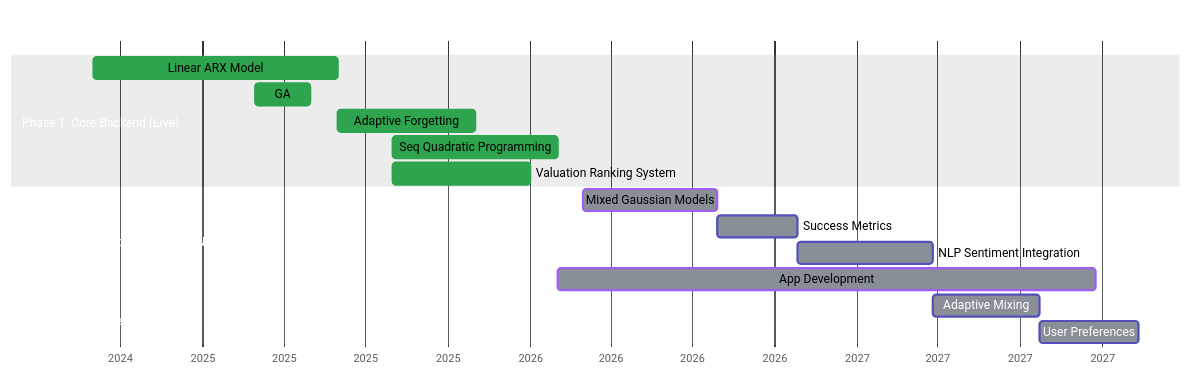
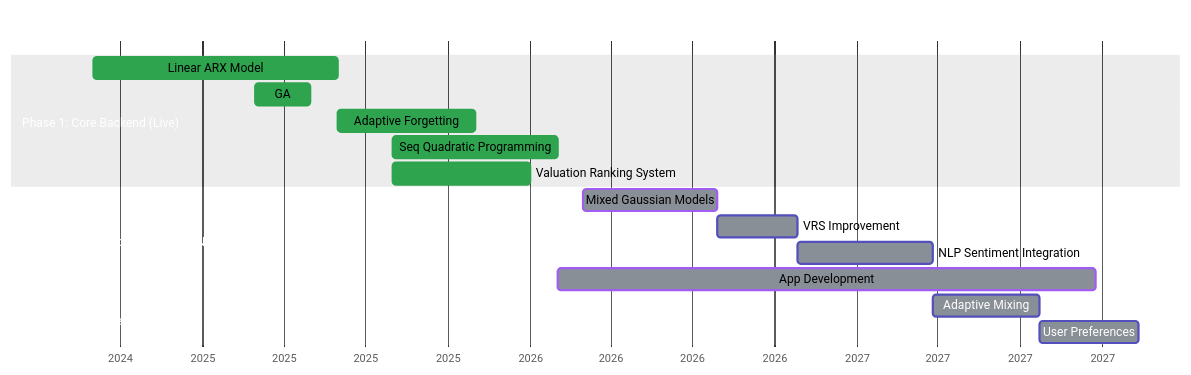
The diagram in README.md (ProchTomas/ResearchProject), drawn with Mermaid before and after one commit.

````diff
--- a/README.md
+++ b/README.md
@@ -1,46 +1,46 @@
 ```mermaid
 %%{init: { 
   'themeVariables': {
     'primaryColor': '#7A7A7A',
     'primaryTextColor': '#24292e',
     'primaryBorderColor': '#d1d5da',
     'lineColor': '#f03a17',
     'secondaryColor': '#fff',
     'tertiaryColor': '#fff',
     
     'titleColor': '#fff',
     'sectionBkgColor': '#A1A1A1',
     'sectionBkgColor2': '#fff',
     
     'taskBkgColor': '#898F96',
     'taskTextLightColor': '#24292e',
     
     'doneTaskBkgColor': '#2ea44f',
     'doneTaskBorderColor': '#2ea44f',
     
     'activeTaskBkgColor': '#898F96',
     'activeTaskBorderColor': '#A15CF2'
   }
 } }%%
 gantt
     title Portfolio Optimization Roadmap
     dateFormat  YYYY-MM-DD
     axisFormat  %Y
     
     section Phase 1: Core Backend (Live)
     Linear ARX Model           :done,    des1, 2024-09-01, 2025-06-01
     GA                         :done,    des2, 2025-03-01, 2025-05-01
     Adaptive Forgetting        :done,    des3, 2025-06-01, 2025-11-01
     Seq Quadratic Programming  :done,    des4, 2025-08-01, 2026-02-01
     Valuation Ranking System   :done,    des5, 2025-08-01, 2026-01-01
 
     section Phase 2: Advanced Intelligence (Next)
     Mixed Gaussian Models      :active,    p2a, 2026-03-01, 150d
-    Success Metrics            :           p2b, after p2a, 90d
+    VRS Improvement            :           p2b, after p2a, 90d
     NLP Sentiment Integration  :           p2c, after p2b, 150d
     App Development            :active,    p2d, 2026-02-01, 600d
 
     section Phase 3: Convergence (Future)
     Adaptive Mixing            :         p3a, after p2c, 120d
     User Preferences           :         p3b, after p3a, 110d
 ```
````
